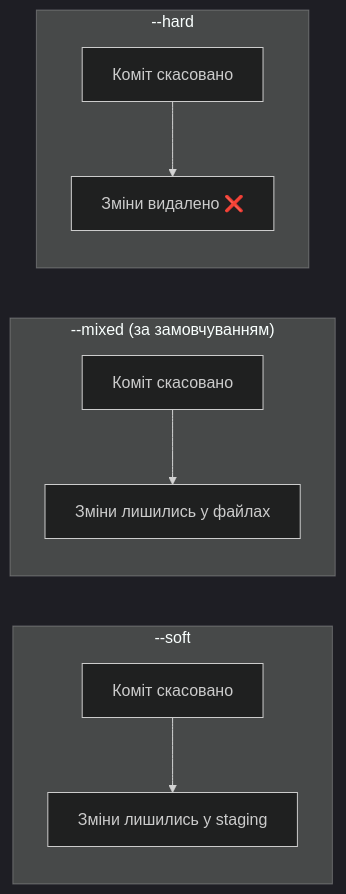
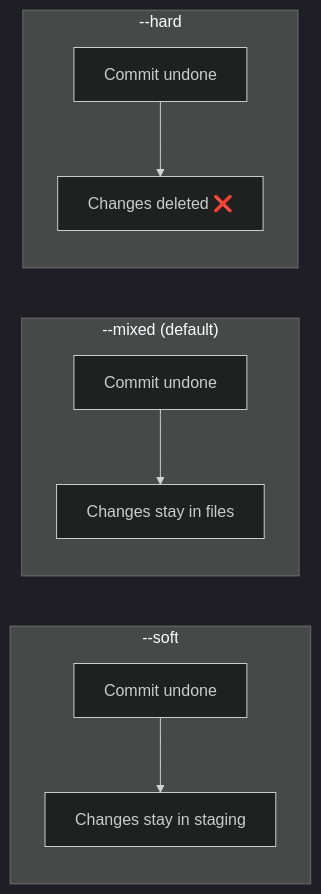
One commit to andriyevski/python-learning-portfolio changed the tenth of 14 diagrams in git_commands.md. Above: the diagram before and after it, drawn with Mermaid (dark theme). The commit also changed other lines of this file and 3 other files, not shown here.

````diff
--- a/git_commands.md
+++ b/git_commands.md
@@ -442,12 +442,12 @@
 ```mermaid
 graph LR
     subgraph SOFT["--soft"]
-        S1["Коміт скасовано"] --> S2["Зміни лишились у staging"]
+        S1["Commit undone"] --> S2["Changes stay in staging"]
     end
-    subgraph MIXED["--mixed (за замовчуванням)"]
-        M1["Коміт скасовано"] --> M2["Зміни лишились у файлах"]
+    subgraph MIXED["--mixed (default)"]
+        M1["Commit undone"] --> M2["Changes stay in files"]
     end
     subgraph HARD["--hard"]
-        H1["Коміт скасовано"] --> H2["Зміни видалено ❌"]
+        H1["Commit undone"] --> H2["Changes deleted ❌"]
     end
 ```
````
